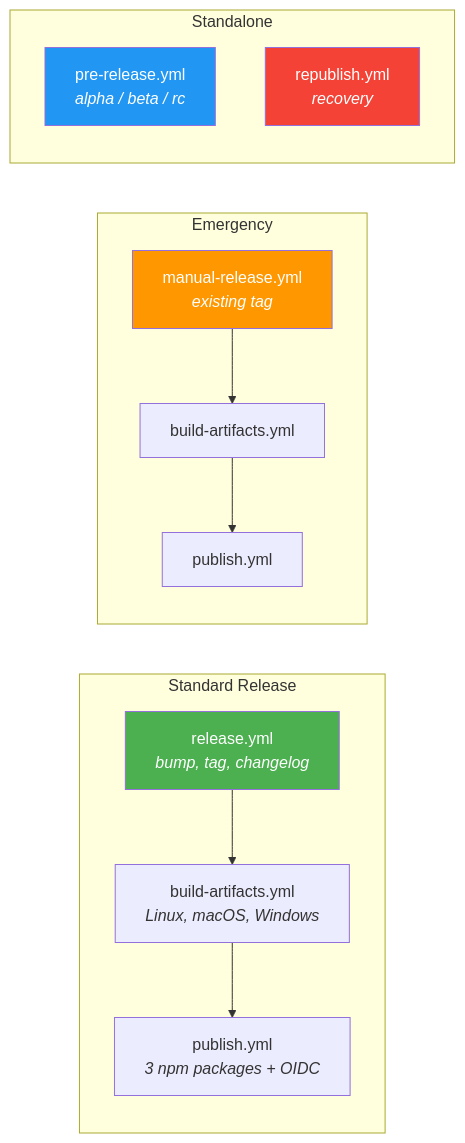
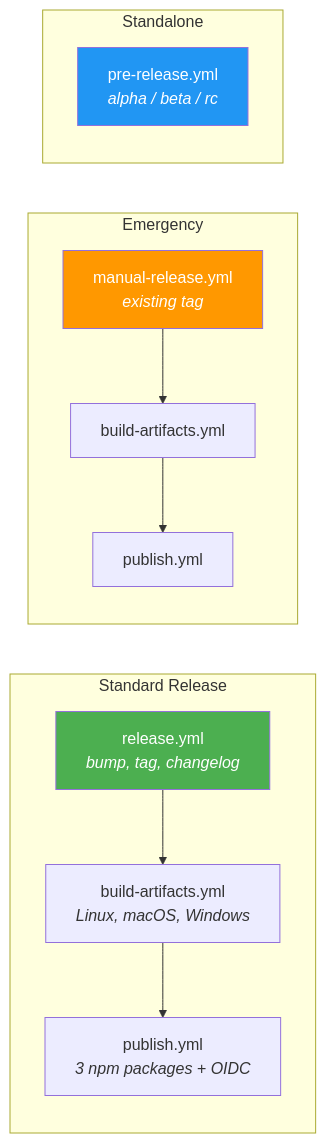
The first of 2 diagrams in docs/RELEASING.md (oorabona/node-liblzma), drawn with Mermaid before and after one commit. The commit also changed other lines of this file and 2 other files, not shown here.

Commit message:
ci: delete republish.yml (redundant with publish.yml) and old .github/RELEASING.md

````diff
--- a/docs/RELEASING.md
+++ b/docs/RELEASING.md
@@ -7,22 +7,20 @@
 ```mermaid
 graph LR
     subgraph "Standard Release"
         R[release.yml<br><i>bump, tag, changelog</i>] --> BA[build-artifacts.yml<br><i>Linux, macOS, Windows</i>]
         BA --> P[publish.yml<br><i>3 npm packages + OIDC</i>]
     end
 
     subgraph "Emergency"
         MR[manual-release.yml<br><i>existing tag</i>] --> BA2[build-artifacts.yml]
         BA2 --> P2[publish.yml]
     end
 
     subgraph "Standalone"
         PR[pre-release.yml<br><i>alpha / beta / rc</i>]
-        RP[republish.yml<br><i>recovery</i>]
     end
 
     style R fill:#4CAF50,color:#fff
     style MR fill:#FF9800,color:#fff
     style PR fill:#2196F3,color:#fff
-    style RP fill:#f44336,color:#fff
 ```
````
